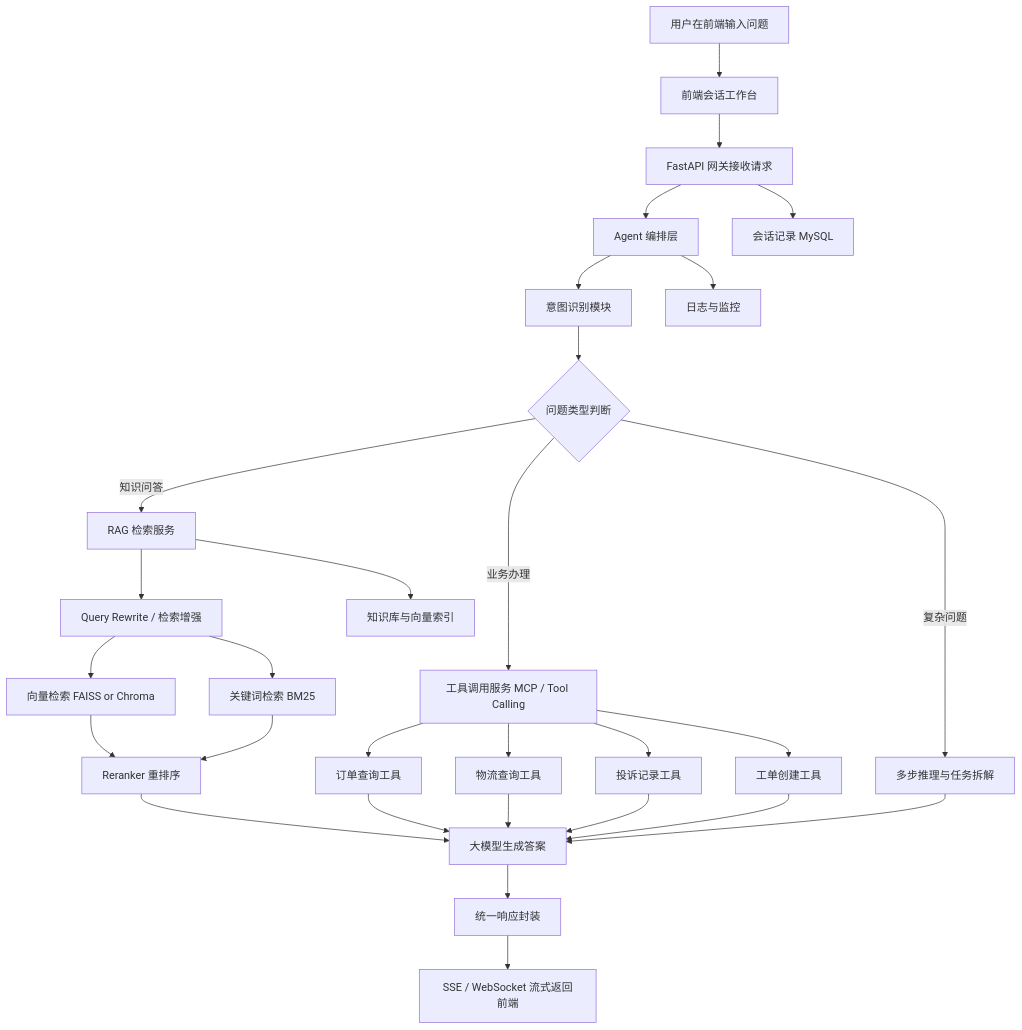
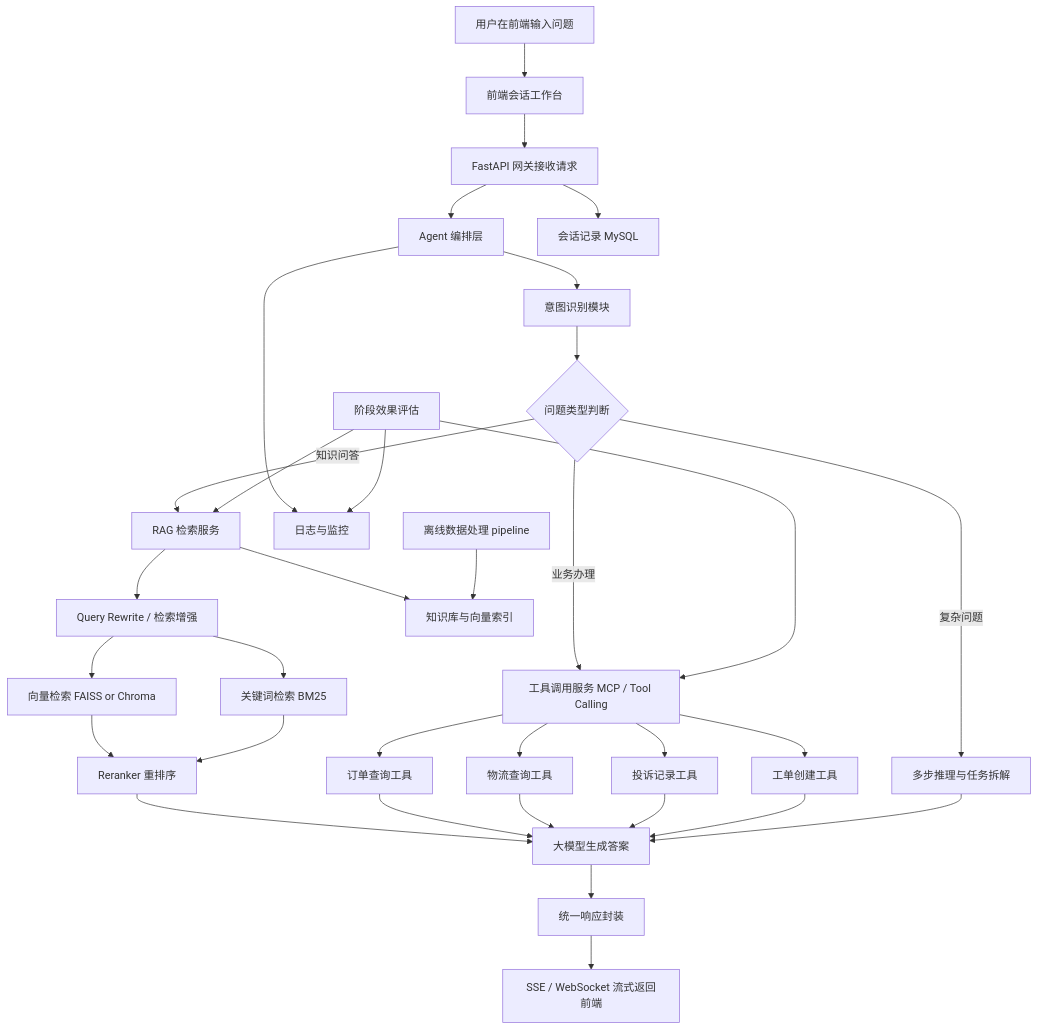
Before and after one commit to Re1lya/ServiceMind: the first of 6 diagrams in docs/architecture.md, drawn with Mermaid. The commit also changed other lines of this file and 152 other files, not shown here.

````diff
--- a/docs/architecture.md
+++ b/docs/architecture.md
@@ -5,37 +5,41 @@
 ```mermaid
 flowchart TD
     A["用户在前端输入问题"] --> B["前端会话工作台"]
     B --> C["FastAPI 网关接收请求"]
     C --> D["Agent 编排层"]
 
     D --> E["意图识别模块"]
     E --> F{"问题类型判断"}
 
     F -->|知识问答| G["RAG 检索服务"]
     F -->|业务办理| H["工具调用服务 MCP / Tool Calling"]
     F -->|复杂问题| I["多步推理与任务拆解"]
 
     G --> G1["Query Rewrite / 检索增强"]
     G1 --> G2["向量检索 FAISS or Chroma"]
     G1 --> G3["关键词检索 BM25"]
     G2 --> G4["Reranker 重排序"]
     G3 --> G4
     G4 --> J["大模型生成答案"]
 
     H --> H1["订单查询工具"]
     H --> H2["物流查询工具"]
     H --> H3["投诉记录工具"]
     H --> H4["工单创建工具"]
     H1 --> J
     H2 --> J
     H3 --> J
     H4 --> J
 
     I --> J
     J --> K["统一响应封装"]
     K --> L["SSE / WebSocket 流式返回前端"]
 
     C --> M["会话记录 MySQL"]
     G --> N["知识库与向量索引"]
     D --> O["日志与监控"]
+    P["离线数据处理 pipeline"] --> N
+    Q["阶段效果评估"] --> G
+    Q --> H
+    Q --> O
 ```
````
